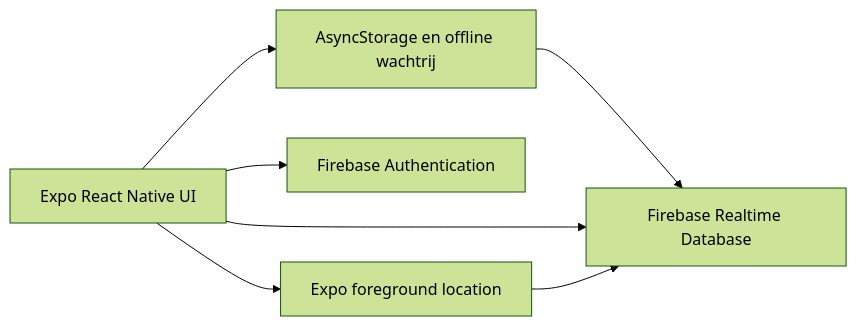
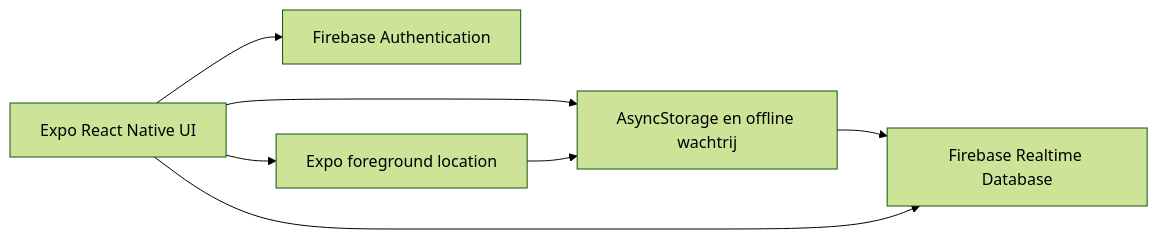
One commit to oke1234/Sort-it changed the diagram in mdfiles/TECHSPEC.md. Above: the diagram before and after it, drawn with Mermaid (forest theme). The commit also changed other lines of this file and 9 other files, not shown here.

````diff
--- a/mdfiles/TECHSPEC.md
+++ b/mdfiles/TECHSPEC.md
@@ -30,9 +31,9 @@
 ```mermaid
 flowchart LR
     UI["Expo React Native UI"] --> LOCAL["AsyncStorage en offline wachtrij"]
     UI --> AUTH["Firebase Authentication"]
     LOCAL --> DB["Firebase Realtime Database"]
     UI --> DB
     UI --> LOC["Expo foreground location"]
-    LOC --> DB
+    LOC --> LOCAL
 ```
````
